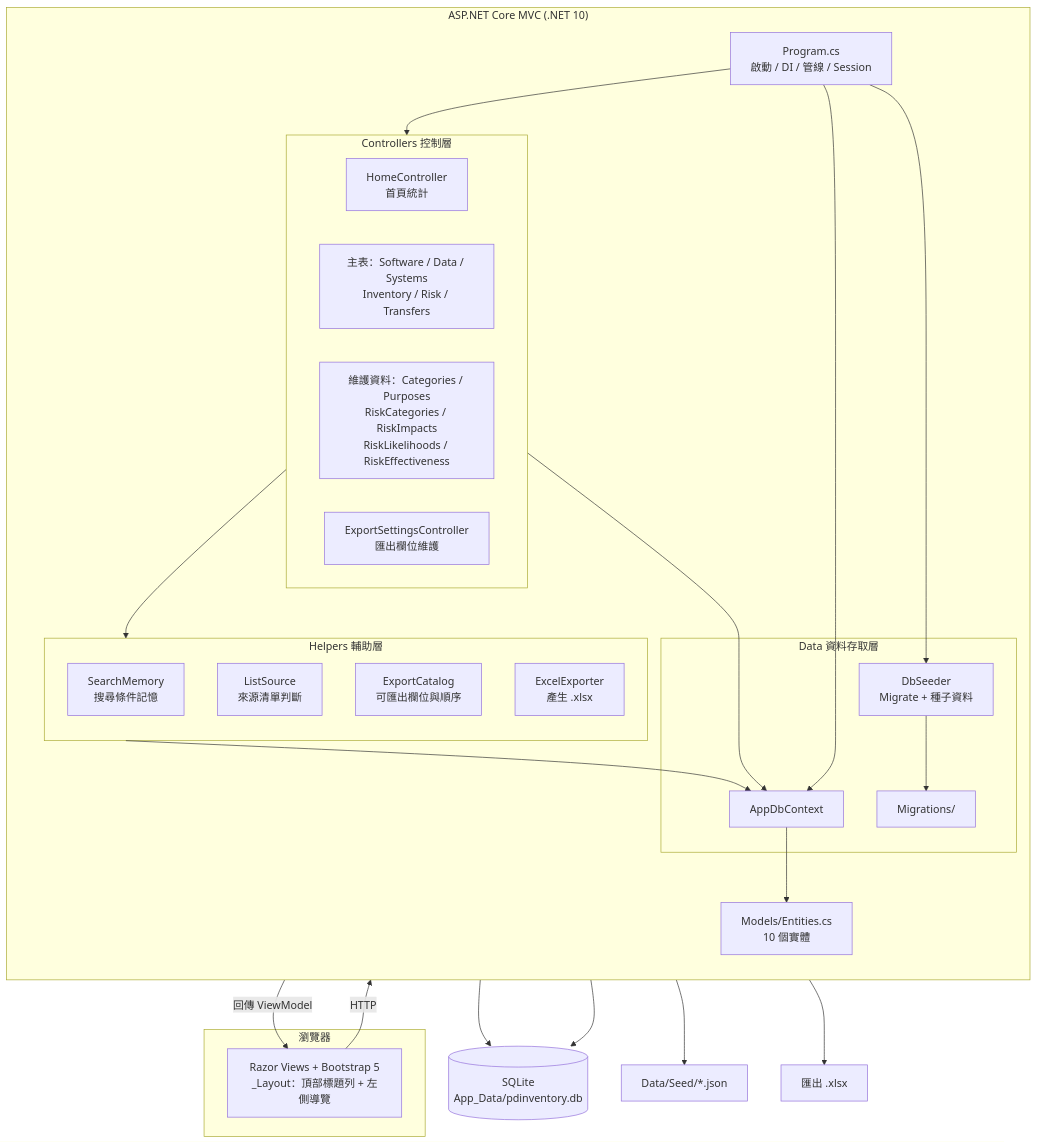
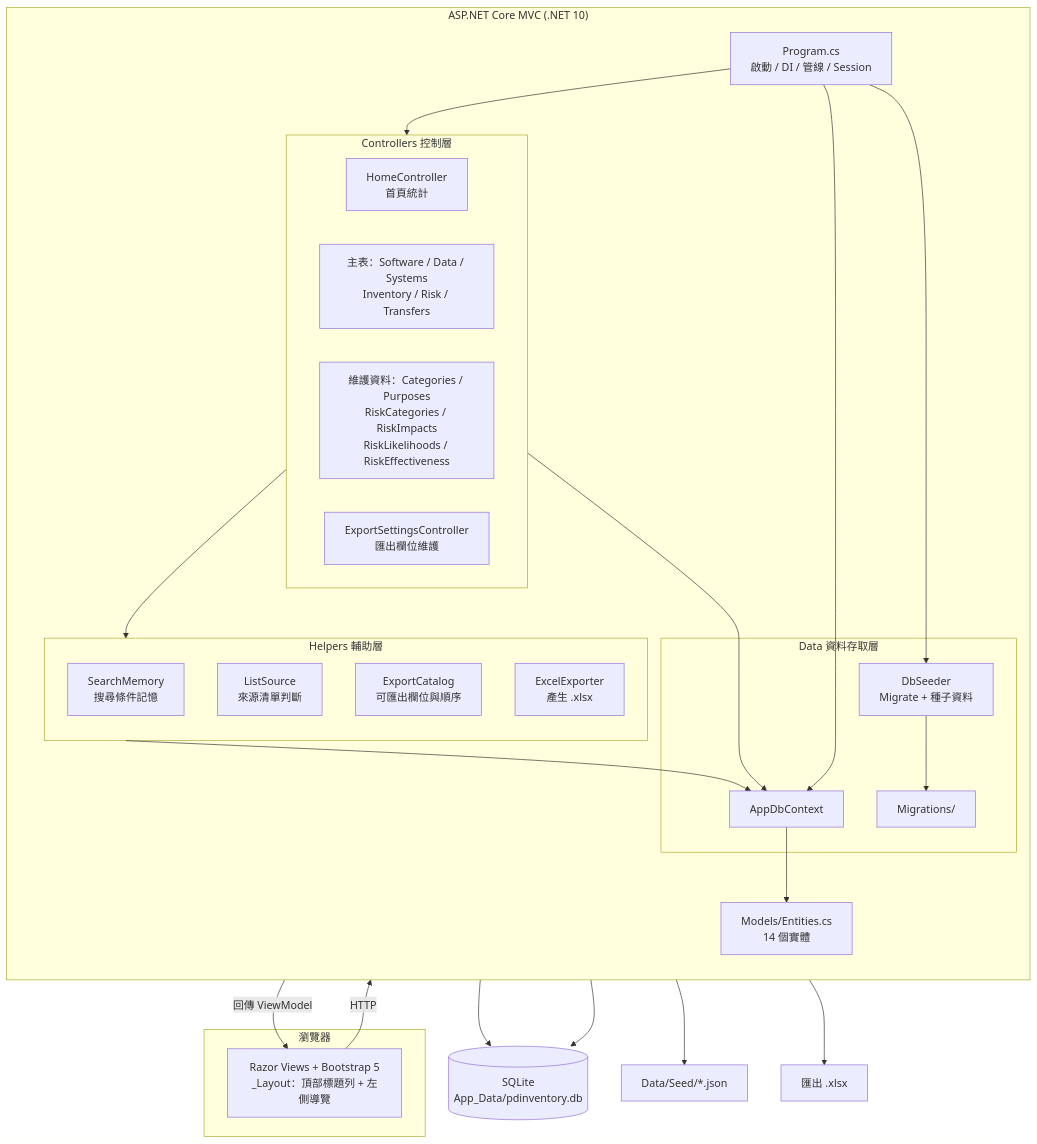
The first of 2 diagrams in PdInventory/docs/架構文件.md (jason9470/PdInventory), drawn with Mermaid before and after one commit. The commit also changed other lines of this file and 1 other file, not shown here.

````diff
--- a/PdInventory/docs/架構文件.md
+++ b/PdInventory/docs/架構文件.md
@@ -50,52 +50,52 @@
 ```mermaid
 graph TD
     subgraph Client["瀏覽器"]
         UI["Razor Views + Bootstrap 5<br/>_Layout：頂部標題列 + 左側導覽"]
     end
 
     subgraph Web["ASP.NET Core MVC (.NET 10)"]
         direction TB
         Program["Program.cs<br/>啟動 / DI / 管線 / Session"]
 
         subgraph Controllers["Controllers 控制層"]
             Home["HomeController<br/>首頁統計"]
             Main["主表：Software / Data / Systems<br/>Inventory / Risk / Transfers"]
             Lookup["維護資料：Categories / Purposes<br/>RiskCategories / RiskImpacts<br/>RiskLikelihoods / RiskEffectiveness"]
             Export["ExportSettingsController<br/>匯出欄位維護"]
         end
 
         subgraph Helpers["Helpers 輔助層"]
             SM["SearchMemory<br/>搜尋條件記憶"]
             LS["ListSource<br/>來源清單判斷"]
             EC["ExportCatalog<br/>可匯出欄位與順序"]
             EE["ExcelExporter<br/>產生 .xlsx"]
         end
 
         subgraph DataLayer["Data 資料存取層"]
             Ctx["AppDbContext"]
             Seeder["DbSeeder<br/>Migrate + 種子資料"]
             Mig["Migrations/"]
         end
 
-        Ent["Models/Entities.cs<br/>10 個實體"]
+        Ent["Models/Entities.cs<br/>14 個實體"]
     end
 
     DB[("SQLite<br/>App_Data/pdinventory.db")]
     Seed["Data/Seed/*.json"]
     XLSX["匯出 .xlsx"]
 
     UI -->|HTTP| Controllers
     Program --> Controllers
     Program --> Ctx
     Program --> Seeder
     Controllers --> Helpers
     Controllers --> Ctx
     Helpers --> Ctx
     Ctx --> Ent
     Ctx --> DB
     Seeder --> Mig
     Seeder --> Seed
     Mig --> DB
     EE --> XLSX
     Controllers -->|回傳 ViewModel| UI
 ```
````
